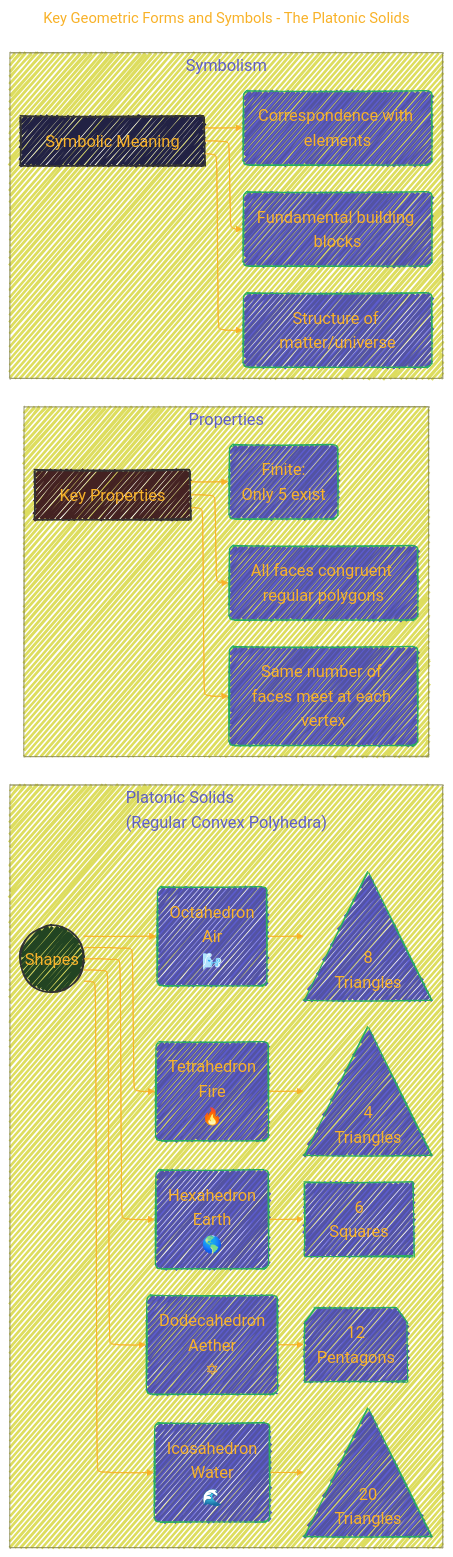
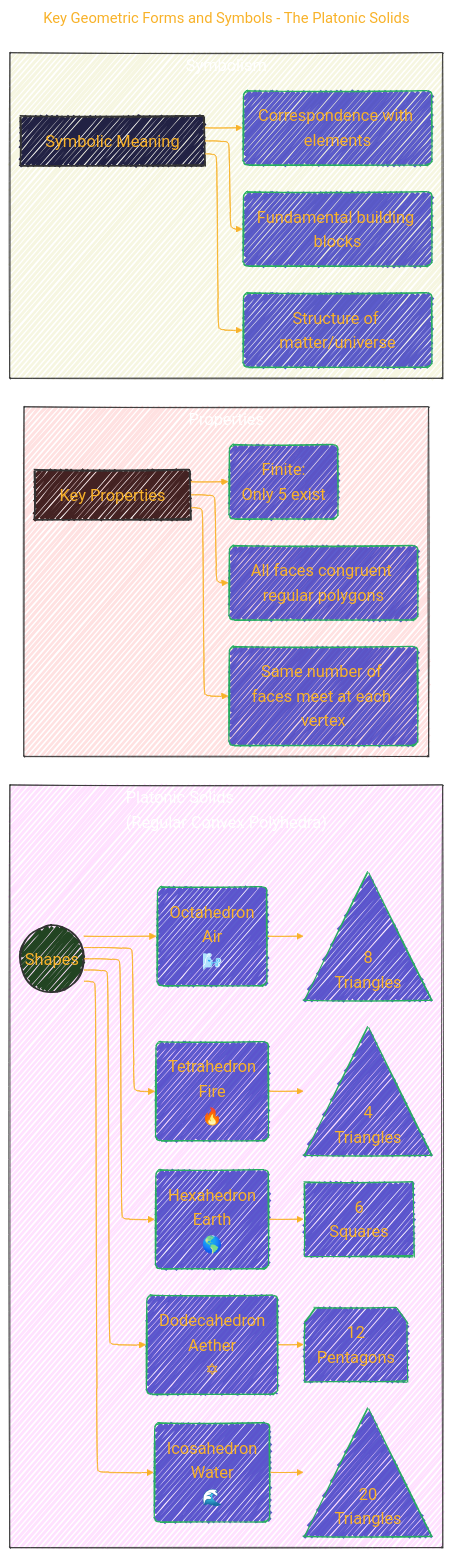
Before and after one commit to CongLeSolutionX/Harmonic_Atomica: the third of 7 diagrams in Understanding_Sacred_Geometry.md, drawn with Mermaid. The commit also changed other lines of this file, not shown here.

````diff
--- a/Understanding_Sacred_Geometry.md
+++ b/Understanding_Sacred_Geometry.md
@@ -173,74 +177,75 @@
 ```mermaid
 ---
 title: "Key Geometric Forms and Symbols - The Platonic Solids"
 author: "Cong Le"
 version: "1.0"
 license(s): "MIT, CC BY-SA 4.0"
 copyright: "Copyright (c) 2025 Cong Le. All Rights Reserved."
 config:
   layout: elk
   theme: base
   look: handDrawn
 ---
 %%%%%%%% Mermaid version v11.4.1-b.14
 %%%%%%%% Available curve styles include the following keywords:
 %% basis, bumpX, bumpY, cardinal, catmullRom, linear, monotoneX, monotoneY, natural, step, stepAfter, stepBefore.
 %%{
   init: {
     'flowchart': { 'htmlLabels': true, 'curve': 'basis' },
     'fontFamily': 'American Typewriter, monospace',
     'logLevel': 'fatal',
     'themeVariables': {
       'primaryColor': '#22BB',
       'primaryTextColor': '#F8B229',
       'lineColor': '#F8B229',
       'primaryBorderColor': '#27AE60',
       'secondaryColor': '#E2F1',
       'secondaryTextColor': '#6C3483',
       'secondaryBorderColor': '#A569BD',
       'fontSize': '20px'
     }
   }
 }%%
 flowchart LR
     subgraph Platonic_Solids["Platonic Solids<br/>(Regular Convex Polyhedra)"]
-        PS(("Shapes")) --> T("Tetrahedron <br/>Fire<br/>🔥")
-        T --> T_Expansion
-        T_Expansion@{ shape: tri, label: "4<br/>Triangles" }
+    style Platonic_Solids fill:#F2F2,stroke:#333,stroke-width:1px, color: #FFFF
+      PS(("Shapes")) --> T("Tetrahedron <br/>Fire<br/>🔥")
+      T --> T_Expansion
+      T_Expansion@{ shape: tri, label: "4<br/>Triangles" }
 
+      PS --> H("Hexahedron <br/>Earth<br/>🌎")
+      H --> H_Expansion
+      H_Expansion["6<br/>Squares"]
+        
+      PS --> O("Octahedron<br/> Air<br/>🌬️")
+      O --> O_Expansion
+      O_Expansion@{ shape: tri, label: "8<br/>Triangles" }
+        
+      PS --> D("Dodecahedron <br/> Aether<br/>✡")
+		  D --> D_Expansion
+		  D_Expansion@{ shape: notch-pent, label: "12<br/>Pentagons" }
 
-        PS --> H("Hexahedron <br/>Earth<br/>🌎")
-        H --> H_Expansion
-        H_Expansion["6<br/>Squares"]
-        
-        PS --> O("Octahedron<br/> Air<br/>🌬️")
-        O --> O_Expansion
-        O_Expansion@{ shape: tri, label: "8<br/>Triangles" }
-        
-        PS --> D("Dodecahedron <br/> Aether<br/>✡")
-		D --> D_Expansion
-		D_Expansion@{ shape: notch-pent, label: "12<br/>Pentagons" }
-        
-        PS --> I("Icosahedron<br/> Water<br/>🌊")
-		I --> I_Expansion
-        I_Expansion@{ shape: tri, label: "20<br/>Triangles" }
+      PS --> I("Icosahedron<br/> Water<br/>🌊")
+		  I --> I_Expansion
+      I_Expansion@{ shape: tri, label: "20<br/>Triangles" }
+    end
 
-
-
-    end
     subgraph Properties["Properties"]
+    style Properties fill:#F222,stroke:#333,stroke-width:1px, color: #FFFF
         Prop["Key Properties"] --> Prop1("All faces congruent regular polygons")
         Prop --> Prop2("Same number of faces meet at each vertex")
         Prop --> Prop3("Finite:<br/> Only 5 exist")
     end
+
     subgraph Symbolism["Symbolism"]
+    style Symbolism fill:#BB22,stroke:#333,stroke-width:1px, color: #FFFF
         Sym["Symbolic Meaning"] --> Sym1("Fundamental building blocks")
         Sym --> Sym2("Structure of matter/universe")
         Sym --> Sym3("Correspondence with elements")
     end
 
     style PS fill:#242,stroke:#333,stroke-width:2px
     style Prop fill:#422,stroke:#333,stroke-width:2px
     style Sym fill:#224,stroke:#333,stroke-width:2px
     
 ```
````
